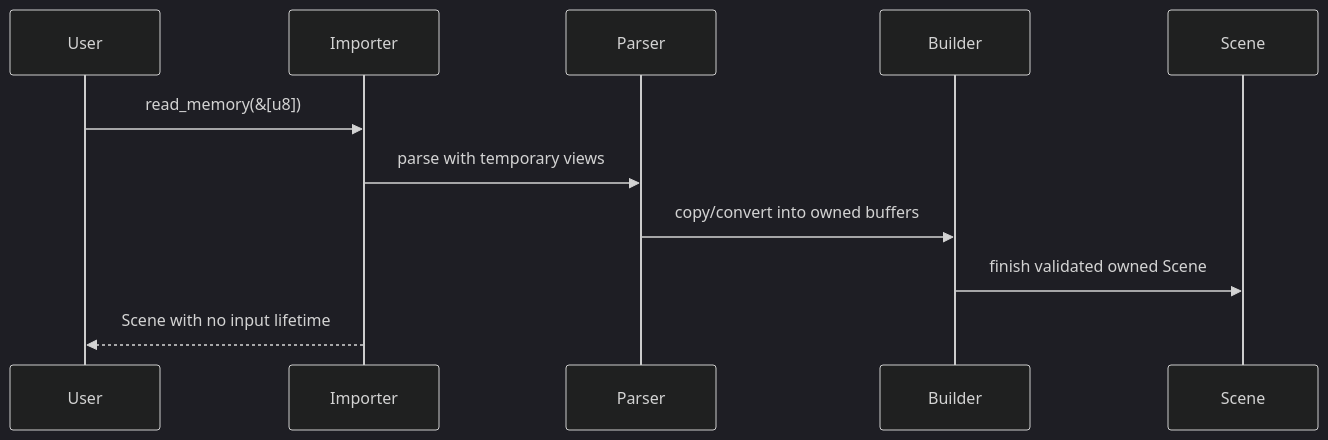
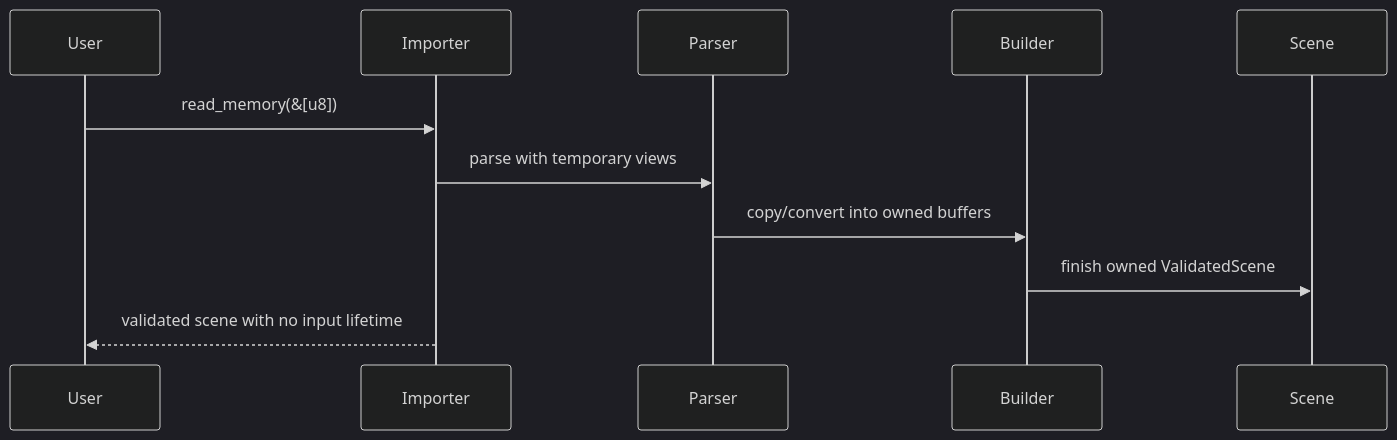
One commit to Latias94/baozi changed the second of 2 diagrams in docs/adr/0009-data-ownership-zero-copy-lifetimes-and-memory-layout.md. Above: the diagram before and after it, drawn with Mermaid (dark theme). The commit also changed other lines of this file and 86 other files, not shown here.

First line of the commit message:
feat(architecture): establish canonical contract authority

````diff
--- a/docs/adr/0009-data-ownership-zero-copy-lifetimes-and-memory-layout.md
+++ b/docs/adr/0009-data-ownership-zero-copy-lifetimes-and-memory-layout.md
@@ -59,14 +70,14 @@
 ```mermaid
 sequenceDiagram
     participant User
     participant Importer
     participant Parser
     participant Builder
     participant Scene
 
     User->>Importer: read_memory(&[u8])
     Importer->>Parser: parse with temporary views
     Parser->>Builder: copy/convert into owned buffers
-    Builder->>Scene: finish validated owned Scene
-    Importer-->>User: Scene with no input lifetime
+    Builder->>Scene: finish owned ValidatedScene
+    Importer-->>User: validated scene with no input lifetime
 ```
````
